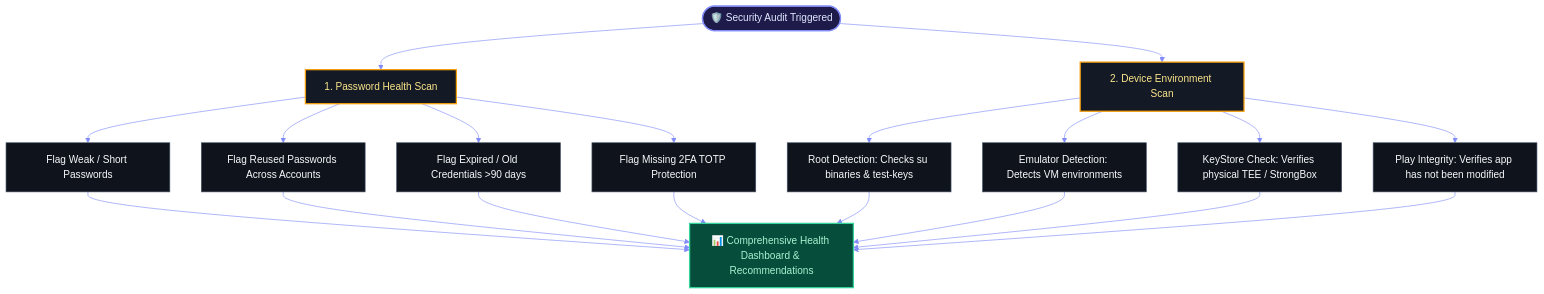
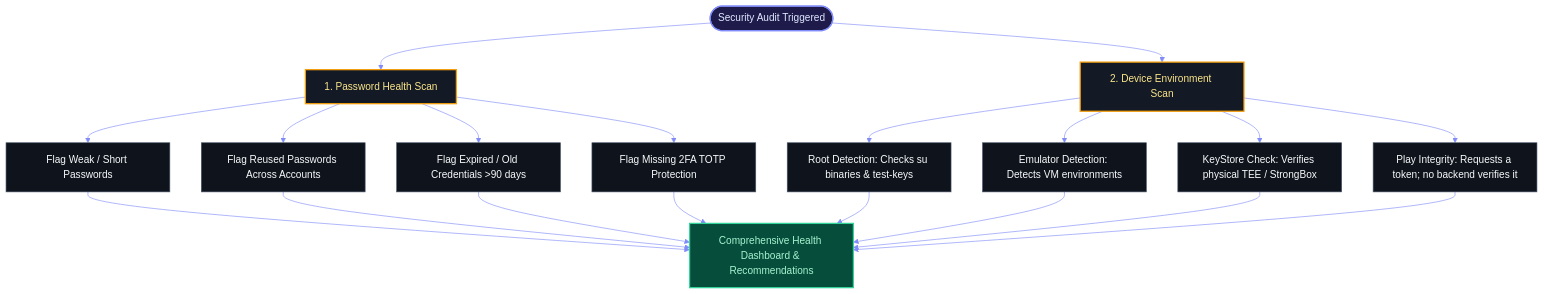
One commit to dwinsi/kunjika changed the fourth of 5 diagrams in README.md. Above: the diagram before and after it, drawn with Mermaid. The commit also changed other lines of this file and 11 other files, not shown here.

````diff
--- a/README.md
+++ b/README.md
@@ -230,42 +229,42 @@
 ```mermaid
 %%{init: {
   'theme': 'base',
   'themeVariables': {
     'darkMode': true,
     'background': '#07090E',
     'mainBkg': '#0F141C',
     'primaryColor': '#131A26',
     'primaryTextColor': '#F8FAFC',
     'primaryBorderColor': '#F59E0B',
     'lineColor': '#818CF8',
     'secondaryColor': '#1E1B4B',
     'tertiaryColor': '#0F141C',
     'edgeLabelBackground': '#18202E'
   }
 }}%%
 graph TD
-    Start([🛡️ Security Audit Triggered]) --> Check1[1. Password Health Scan]
+    Start([ Security Audit Triggered]) --> Check1[1. Password Health Scan]
     Start --> Check2[2. Device Environment Scan]
 
     Check1 --> W1[Flag Weak / Short Passwords]
     Check1 --> W2[Flag Reused Passwords Across Accounts]
     Check1 --> W3[Flag Expired / Old Credentials >90 days]
     Check1 --> W4[Flag Missing 2FA TOTP Protection]
 
     Check2 --> D1[Root Detection: Checks su binaries & test-keys]
     Check2 --> D2[Emulator Detection: Detects VM environments]
     Check2 --> D3[KeyStore Check: Verifies physical TEE / StrongBox]
-    Check2 --> D4[Play Integrity: Verifies app has not been modified]
+    Check2 --> D4[Play Integrity: Requests a token; no backend verifies it]
 
-    W1 & W2 & W3 & W4 & D1 & D2 & D3 & D4 --> Report[📊 Comprehensive Health Dashboard & Recommendations]
+    W1 & W2 & W3 & W4 & D1 & D2 & D3 & D4 --> Report[ Comprehensive Health Dashboard & Recommendations]
 
     classDef trigger fill:#1E1B4B,stroke:#818CF8,stroke-width:2px,color:#E0E7FF;
     classDef category fill:#131A26,stroke:#F59E0B,stroke-width:2px,color:#FDE68A;
     classDef checkItem fill:#0F141C,stroke:#475569,stroke-width:1px,color:#F8FAFC;
     classDef reportItem fill:#064E3B,stroke:#34D399,stroke-width:2px,color:#A7F3D0;
 
     class Start trigger;
     class Check1,Check2 category;
     class W1,W2,W3,W4,D1,D2,D3,D4 checkItem;
     class Report reportItem;
 ```
````
